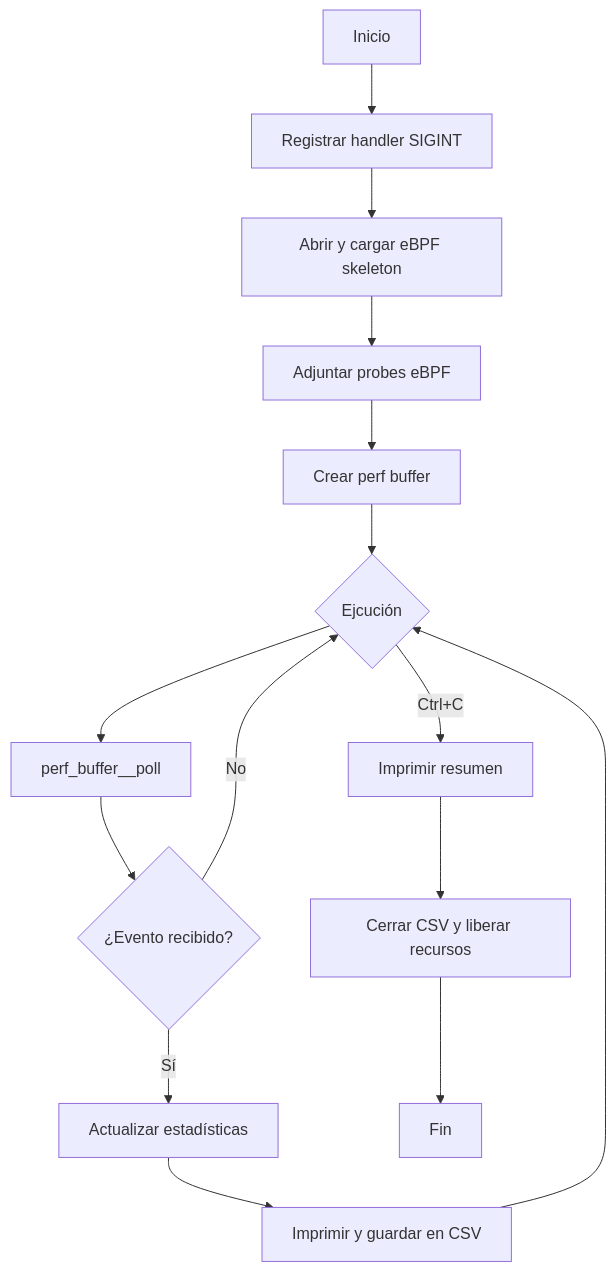
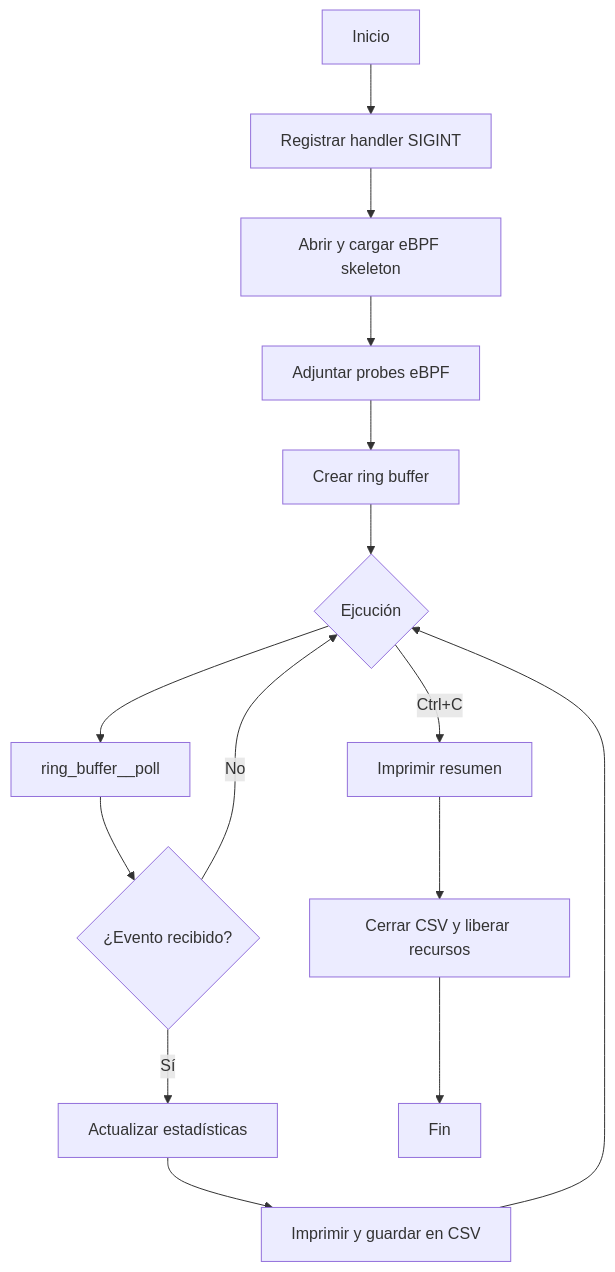
The diagram in dig_flujo_tfg.md (raxzers/diagrmas_mermaid), drawn with Mermaid before and after one commit.

Commit message:
Change 'perf buffer' to 'ring buffer' in flowchart

````diff
--- a/dig_flujo_tfg.md
+++ b/dig_flujo_tfg.md
@@ -1,17 +1,17 @@
 ```mermaid
 flowchart TD
     A[Inicio] --> B[Registrar handler SIGINT]
     B --> C[Abrir y cargar eBPF skeleton]
     C --> D[Adjuntar probes eBPF]
-    D -->  H[Crear perf buffer]
+    D -->  H[Crear ring buffer]
     H -->  J{Ejcución}
-    J --> K[perf_buffer__poll]
+    J --> K[ring_buffer__poll]
     K --> L{¿Evento recibido?}
     L -- Sí --> M[Actualizar estadísticas]
     M -->  O[Imprimir y guardar en CSV]
     L -- No --> J
     O --> J
     J -- Ctrl+C --> Q[Imprimir resumen]
     Q --> R[Cerrar CSV y liberar recursos]
     R --> S[Fin]
 ```
````
